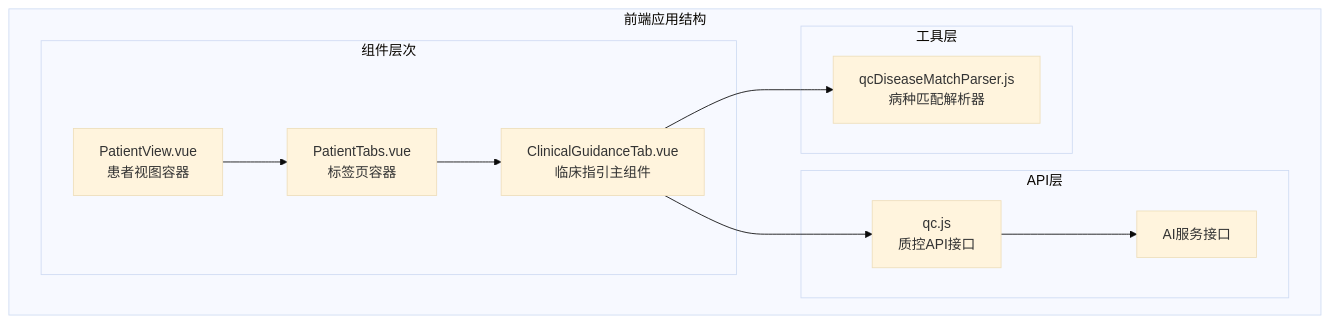
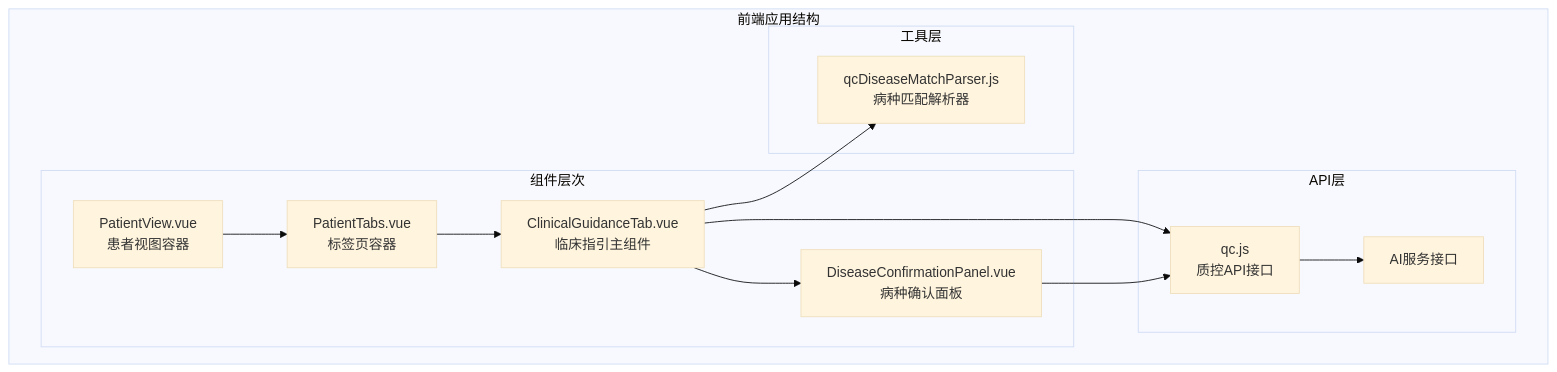
The first of 10 diagrams in .qoder/repowiki/zh/content/临床指引Tab.md (liuzh2008/med_ai_assistant_workspace), drawn with Mermaid (base theme) before and after one commit. The commit also changed other lines of this file and 5 other files, not shown here.

````diff
--- a/.qoder/repowiki/zh/content/临床指引Tab.md
+++ b/.qoder/repowiki/zh/content/临床指引Tab.md
@@ -33,22 +44,25 @@
 ```mermaid
 graph TB
 subgraph "前端应用结构"
 PV[PatientView.vue<br/>患者视图容器]
 PT[PatientTabs.vue<br/>标签页容器]
 CGT[ClinicalGuidanceTab.vue<br/>临床指引主组件]
+DCP[DiseaseConfirmationPanel.vue<br/>病种确认面板]
 subgraph "组件层次"
 PV --> PT
 PT --> CGT
+CGT --> DCP
 end
 subgraph "API层"
 QC[qc.js<br/>质控API接口]
 AI[AI服务接口]
 end
 subgraph "工具层"
 PARSER[qcDiseaseMatchParser.js<br/>病种匹配解析器]
 end
 CGT --> QC
 CGT --> PARSER
+DCP --> QC
 QC --> AI
 end
 ```
````
